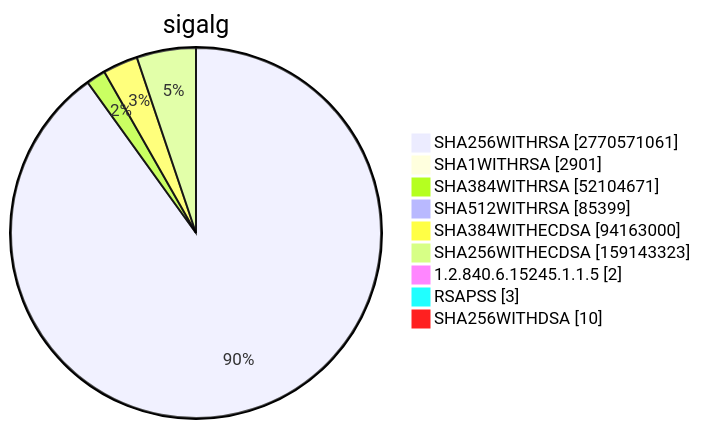
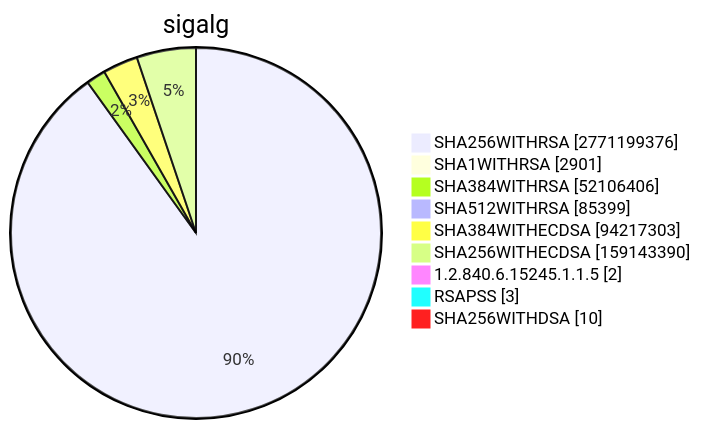
One commit to christiankrug/ctmonitor_visualization changed diagram 15 of 15 in TOTAL/README.md. Above: the diagram before and after it, drawn with Mermaid. The commit also changed other lines of this file, not shown here.

````diff
--- a/TOTAL/README.md
+++ b/TOTAL/README.md
@@ -6205,13 +6205,13 @@
 ```mermaid
 pie showData
 title sigalg
-"SHA256WITHRSA" :2770571061
+"SHA256WITHRSA" :2771199376
 "SHA1WITHRSA" :2901
-"SHA384WITHRSA" :52104671
+"SHA384WITHRSA" :52106406
 "SHA512WITHRSA" :85399
-"SHA384WITHECDSA" :94163000
-"SHA256WITHECDSA" :159143323
+"SHA384WITHECDSA" :94217303
+"SHA256WITHECDSA" :159143390
 "1.2.840.6.15245.1.1.5" :2
 "RSAPSS" :3
 "SHA256WITHDSA" :10
 ```
````
